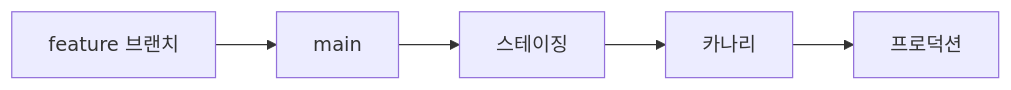
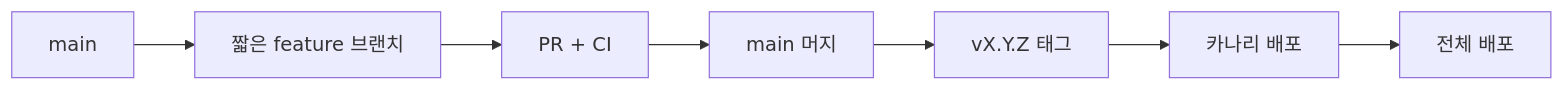
The diagram in docs/ko/software-engineering-101/06-version-control-and-release.md (yeongseon-books/book-content), drawn with Mermaid before and after one commit. The commit also changed other lines of this file and 4143 other files, not shown here.

````diff
--- a/docs/ko/software-engineering-101/06-version-control-and-release.md
+++ b/docs/ko/software-engineering-101/06-version-control-and-release.md
@@ -36,7 +238,9 @@
 ```mermaid
 flowchart LR
-    F["feature 브랜치"] --> M["main"]
-    M --> S["스테이징"]
-    S --> C["카나리"]
-    C --> P["프로덕션"]
+    A["main"] --> B["짧은 feature 브랜치"]
+    B --> C["PR + CI"]
+    C --> D["main 머지"]
+    D --> E["vX.Y.Z 태그"]
+    E --> F["카나리 배포"]
+    F --> G["전체 배포"]
 ```
````
